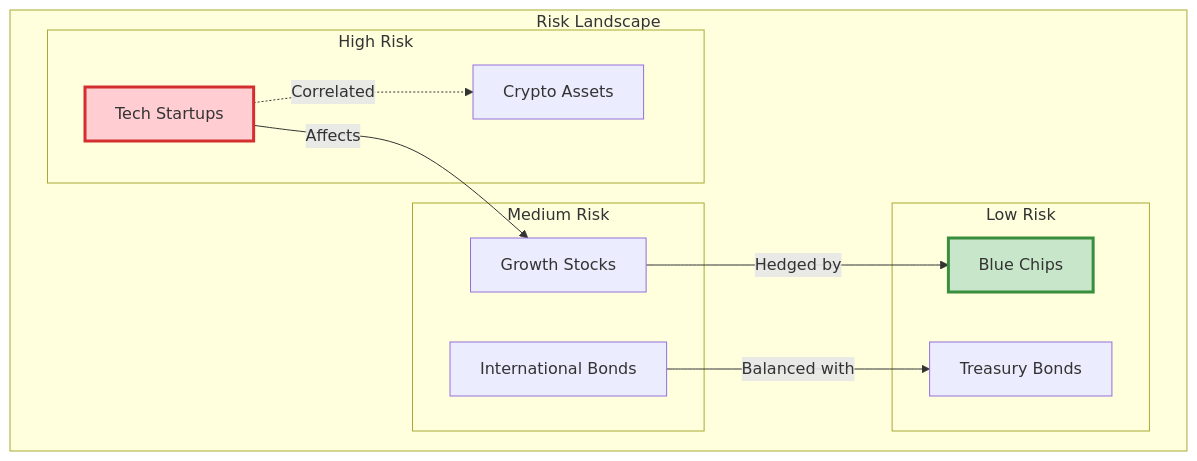
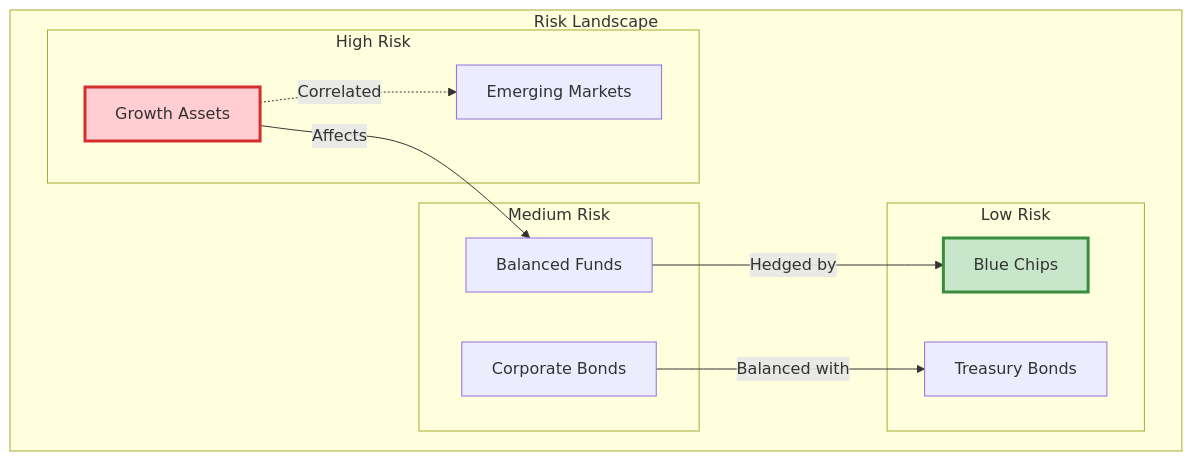
Before and after one commit to TheCowboyAI/alchemist: the eighth of 10 diagrams in doc/publish/business/03-use-cases.md, drawn with Mermaid. The commit also changed other lines of this file and 4 other files, not shown here.

````diff
--- a/doc/publish/business/03-use-cases.md
+++ b/doc/publish/business/03-use-cases.md
@@ -92,27 +346,27 @@
 ```mermaid
 graph TD
     subgraph "Risk Landscape"
         subgraph "High Risk"
-            HR1[Tech Startups]
-            HR2[Crypto Assets]
+            HR1[Growth Assets]
+            HR2[Emerging Markets]
         end
 
         subgraph "Medium Risk"
-            MR1[Growth Stocks]
-            MR2[International Bonds]
+            MR1[Balanced Funds]
+            MR2[Corporate Bonds]
         end
 
         subgraph "Low Risk"
             LR1[Blue Chips]
             LR2[Treasury Bonds]
         end
 
         HR1 -.->|Correlated| HR2
         HR1 -->|Affects| MR1
         MR1 -->|Hedged by| LR1
         MR2 -->|Balanced with| LR2
 
         style HR1 fill:#FFCDD2,stroke:#D32F2F,stroke-width:3px
         style LR1 fill:#C8E6C9,stroke:#388E3C,stroke-width:3px
     end
 ```
````
